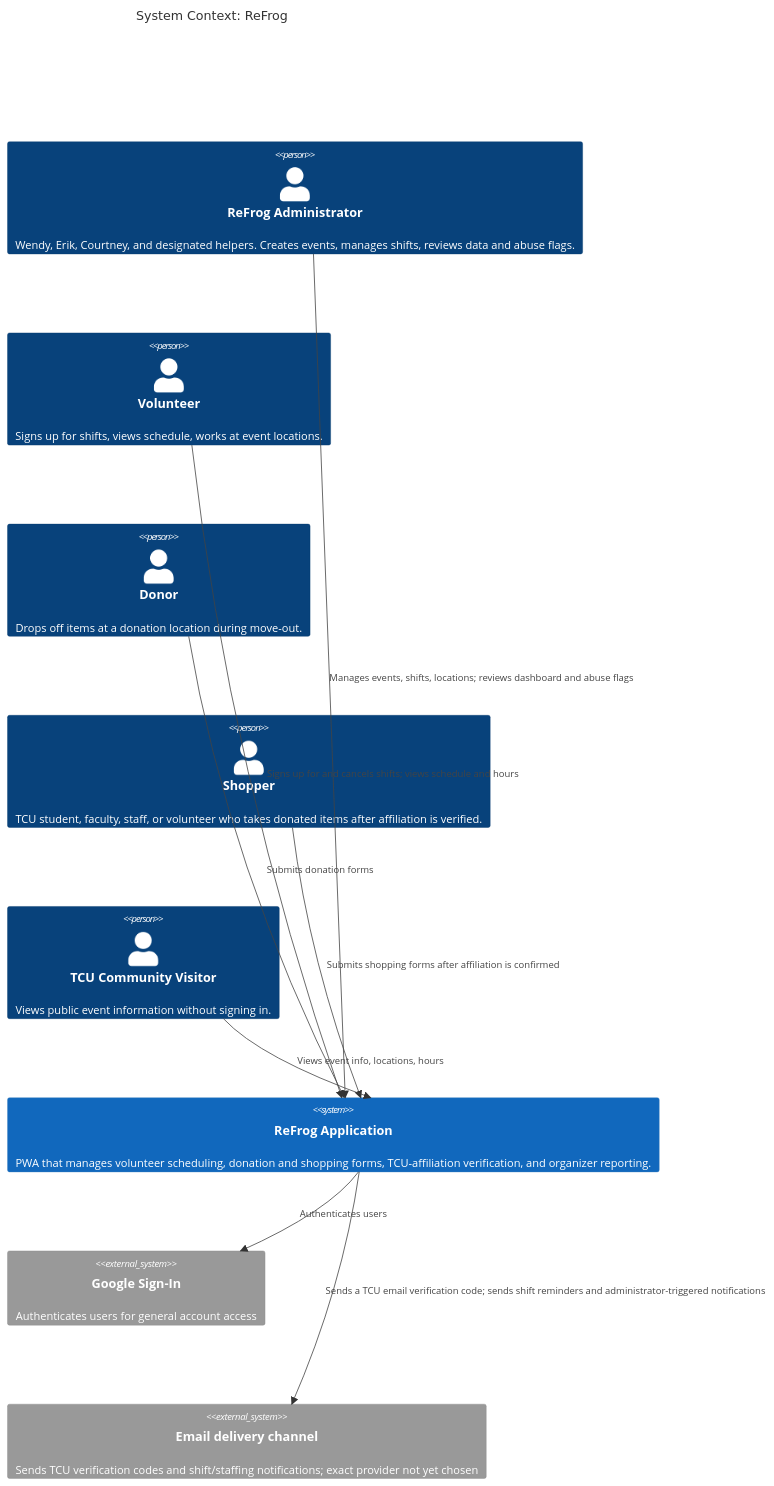
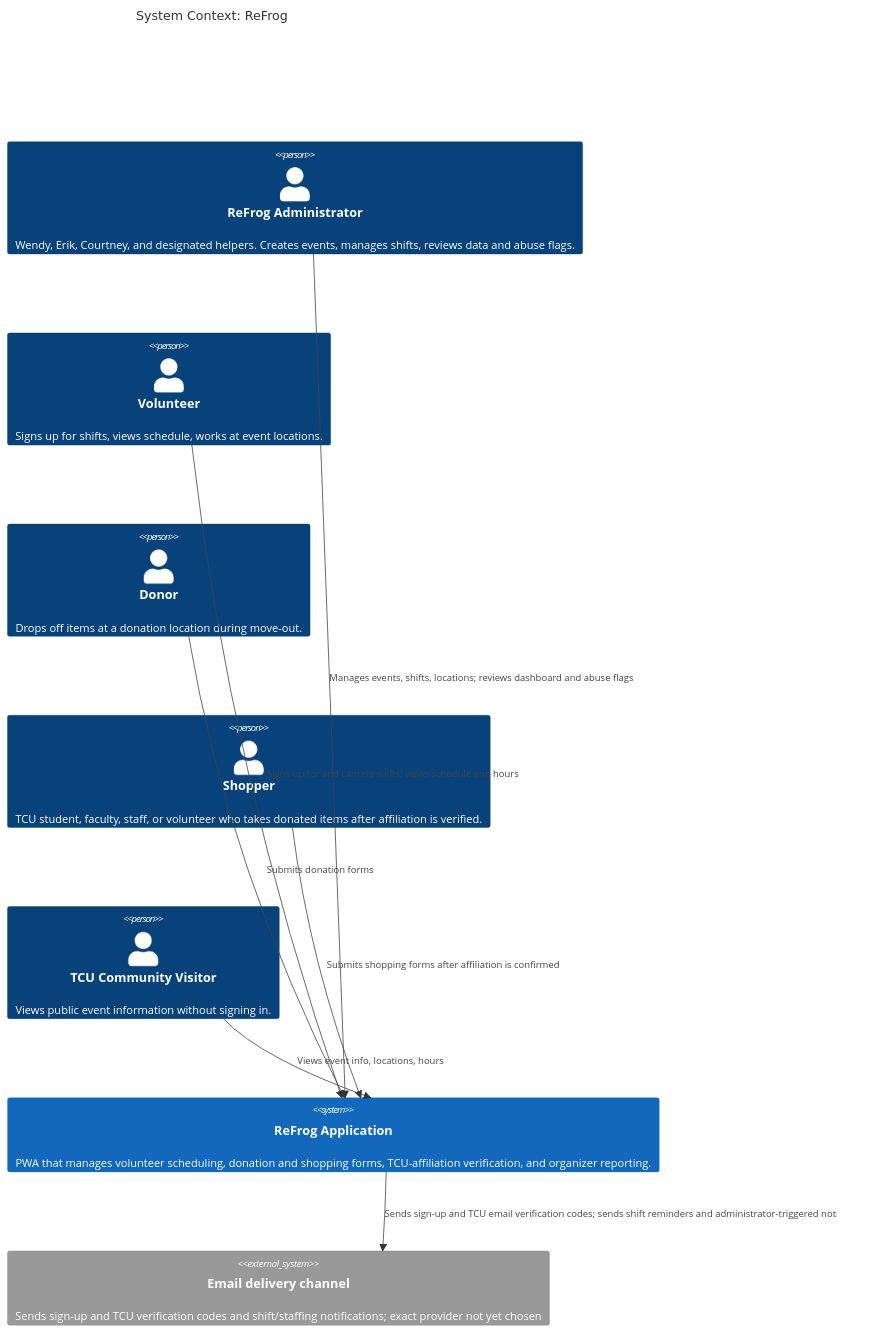
Before and after one commit to evelyntrann/cosc-40943-team-3-refrog: the first of 3 diagrams in docs/design/architectural-design.md, drawn with Mermaid. The commit also changed other lines of this file and 9 other files, not shown here.

Commit message:
Update IDV Rules and Eliminate Google Sign In (#69)

````diff
--- a/docs/design/architectural-design.md
+++ b/docs/design/architectural-design.md
@@ -108,23 +109,21 @@
 ```mermaid
 C4Context
     title System Context: ReFrog
 
     Person(admin, "ReFrog Administrator", "Wendy, Erik, Courtney, and designated helpers. Creates events, manages shifts, reviews data and abuse flags.")
     Person(volunteer, "Volunteer", "Signs up for shifts, views schedule, works at event locations.")
     Person(donor, "Donor", "Drops off items at a donation location during move-out.")
     Person(shopper, "Shopper", "TCU student, faculty, staff, or volunteer who takes donated items after affiliation is verified.")
     Person(visitor, "TCU Community Visitor", "Views public event information without signing in.")
 
     System(refrog, "ReFrog Application", "PWA that manages volunteer scheduling, donation and shopping forms, TCU-affiliation verification, and organizer reporting.")
 
-    System_Ext(authprovider, "Google Sign-In", "Authenticates users for general account access")
-    System_Ext(notification, "Email delivery channel", "Sends TCU verification codes and shift/staffing notifications; exact provider not yet chosen")
+    System_Ext(notification, "Email delivery channel", "Sends sign-up and TCU verification codes and shift/staffing notifications; exact provider not yet chosen")
 
     Rel(admin, refrog, "Manages events, shifts, locations; reviews dashboard and abuse flags")
     Rel(volunteer, refrog, "Signs up for and cancels shifts; views schedule and hours")
     Rel(donor, refrog, "Submits donation forms")
     Rel(shopper, refrog, "Submits shopping forms after affiliation is confirmed")
     Rel(visitor, refrog, "Views event info, locations, hours")
-    Rel(refrog, authprovider, "Authenticates users")
-    Rel(refrog, notification, "Sends a TCU email verification code; sends shift reminders and administrator-triggered notifications")
+    Rel(refrog, notification, "Sends sign-up and TCU email verification codes; sends shift reminders and administrator-triggered notifications")
 ```
````
